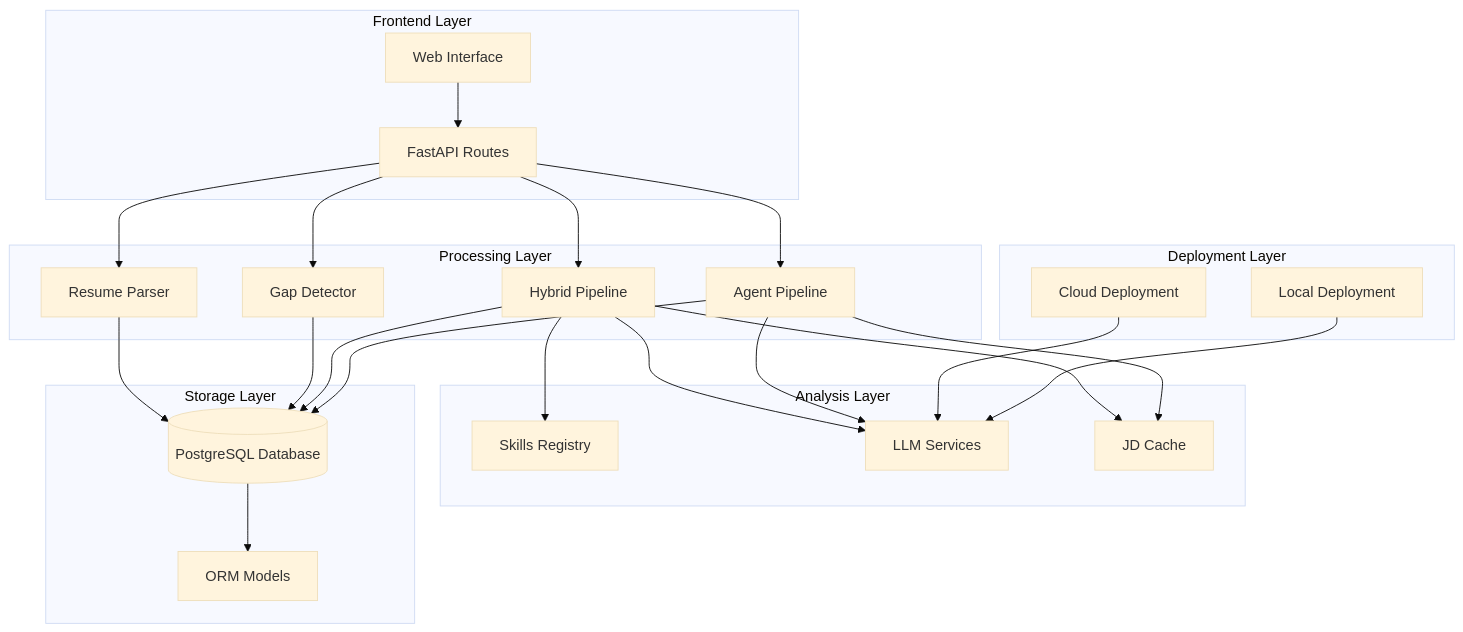
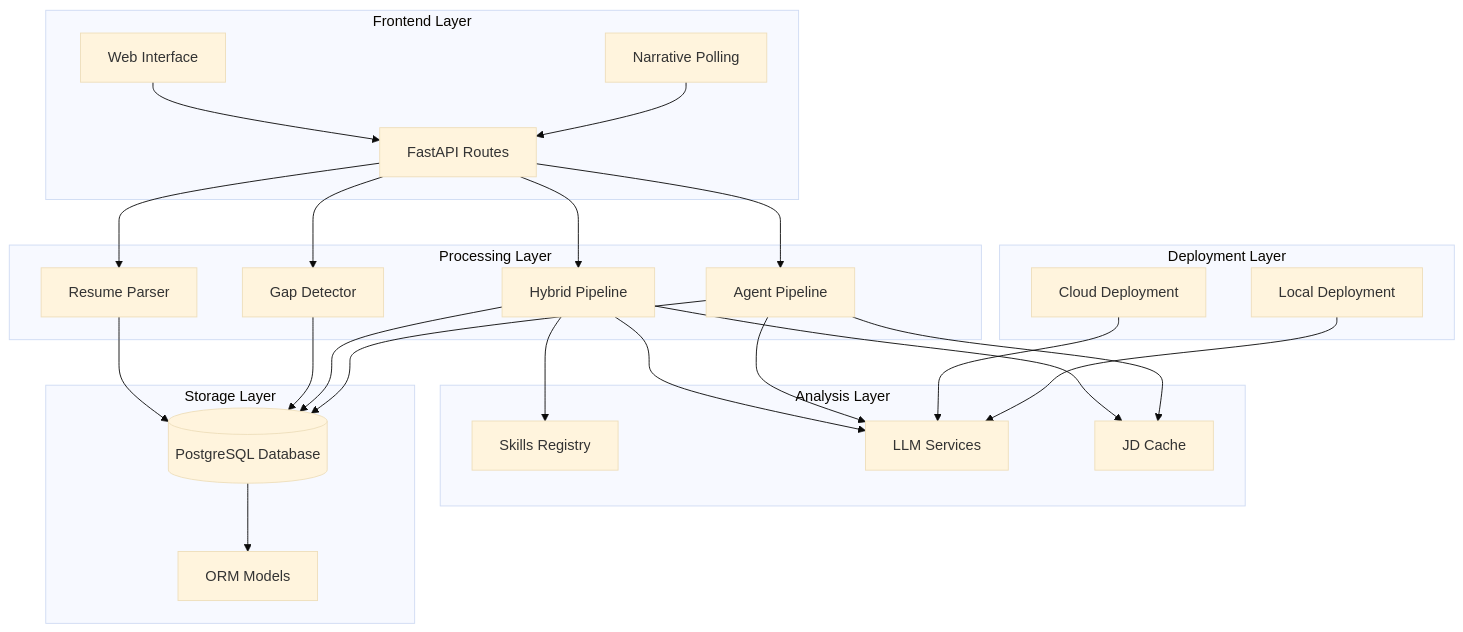
The first of 8 diagrams in .qoder/repowiki/en/content/Hybrid Pipeline.md (Revanththetalogics/aireume), drawn with Mermaid (base theme) before and after one commit. The commit also changed other lines of this file and 15 other files, not shown here.

````diff
--- a/.qoder/repowiki/en/content/Hybrid Pipeline.md
+++ b/.qoder/repowiki/en/content/Hybrid Pipeline.md
@@ -51,43 +53,45 @@
 ```mermaid
 graph TB
 subgraph "Frontend Layer"
 FE[Web Interface]
 API[FastAPI Routes]
+NP[Narrative Polling]
 end
 subgraph "Processing Layer"
 Parser[Resume Parser]
 Gap[Gap Detector]
 Hybrid[Hybrid Pipeline]
 Agent[Agent Pipeline]
 end
 subgraph "Analysis Layer"
 Skills[Skills Registry]
 LLM[LLM Services]
 Cache[JD Cache]
 end
 subgraph "Deployment Layer"
 Cloud[Cloud Deployment]
 Local[Local Deployment]
 end
 subgraph "Storage Layer"
 DB[(PostgreSQL Database)]
 Models[ORM Models]
 end
 FE --> API
 API --> Parser
 API --> Gap
 API --> Hybrid
 API --> Agent
 Hybrid --> Skills
 Hybrid --> LLM
 Agent --> LLM
 Hybrid --> Cache
 Agent --> Cache
 Parser --> DB
 Gap --> DB
 Hybrid --> DB
 Agent --> DB
 DB --> Models
 Cloud --> LLM
 Local --> LLM
+NP --> API
 ```
````
